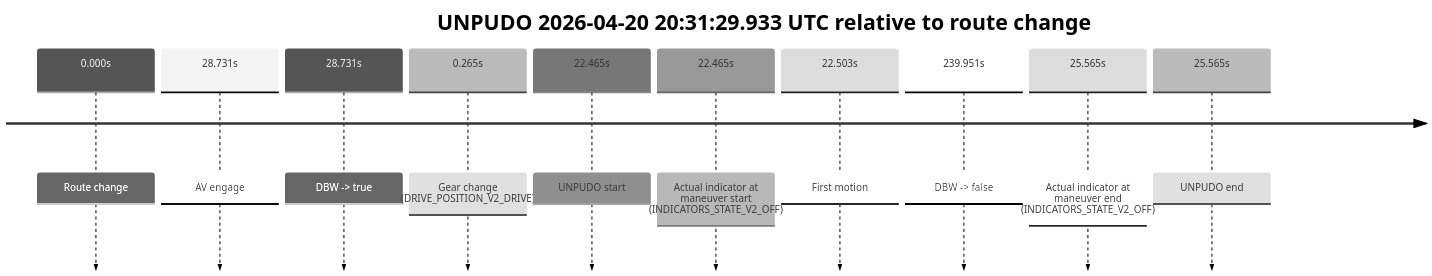
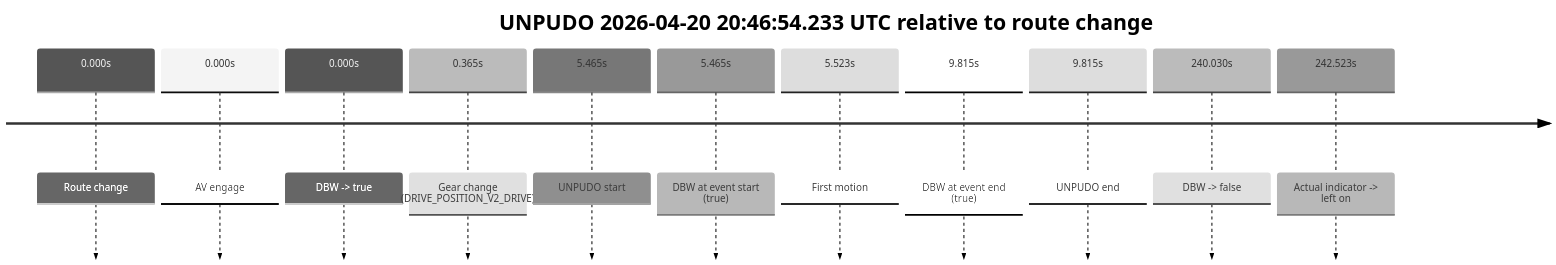
Before and after one commit to yoelshapiro/vault: the first of 8 diagrams in model_analysis/report_cards/2026/04/Week-4/fme20007--2026-04-20--20-19-45--gen2-av-ef2164fc-41df-4c1d-92d3-0663632675b0.md, drawn with Mermaid (neutral theme). The commit also changed other lines of this file, not shown here.

````diff
--- a/model_analysis/report_cards/2026/04/Week-4/fme20007--2026-04-20--20-19-45--gen2-av-ef2164fc-41df-4c1d-92d3-0663632675b0.md
+++ b/model_analysis/report_cards/2026/04/Week-4/fme20007--2026-04-20--20-19-45--gen2-av-ef2164fc-41df-4c1d-92d3-0663632675b0.md
@@ -43,14 +44,15 @@
 ```mermaid
 timeline
-    title UNPUDO 2026-04-20 20:31:29.933 UTC relative to route change
+    title UNPUDO 2026-04-20 20:46:54.233 UTC relative to route change
     0.000s : Route change
-    28.731s : AV engage
-    28.731s : DBW -> true
-    0.265s : Gear change (DRIVE_POSITION_V2_DRIVE)
-    22.465s : UNPUDO start
-    22.465s : Actual indicator at maneuver start (INDICATORS_STATE_V2_OFF)
-    22.503s : First motion
-    239.951s : DBW -> false
-    25.565s : Actual indicator at maneuver end (INDICATORS_STATE_V2_OFF)
-    25.565s : UNPUDO end
+    0.000s : AV engage
+    0.000s : DBW -> true
+    0.365s : Gear change (DRIVE_POSITION_V2_DRIVE)
+    5.465s : UNPUDO start
+    5.465s : DBW at event start (true)
+    5.523s : First motion
+    9.815s : DBW at event end (true)
+    9.815s : UNPUDO end
+    240.030s : DBW -> false
+    242.523s : Actual indicator -> left on
 ```
````
